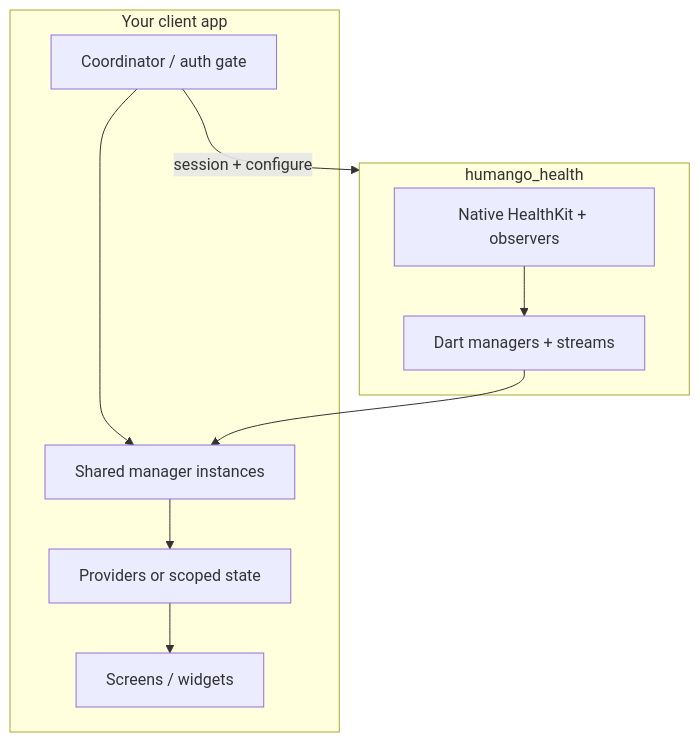
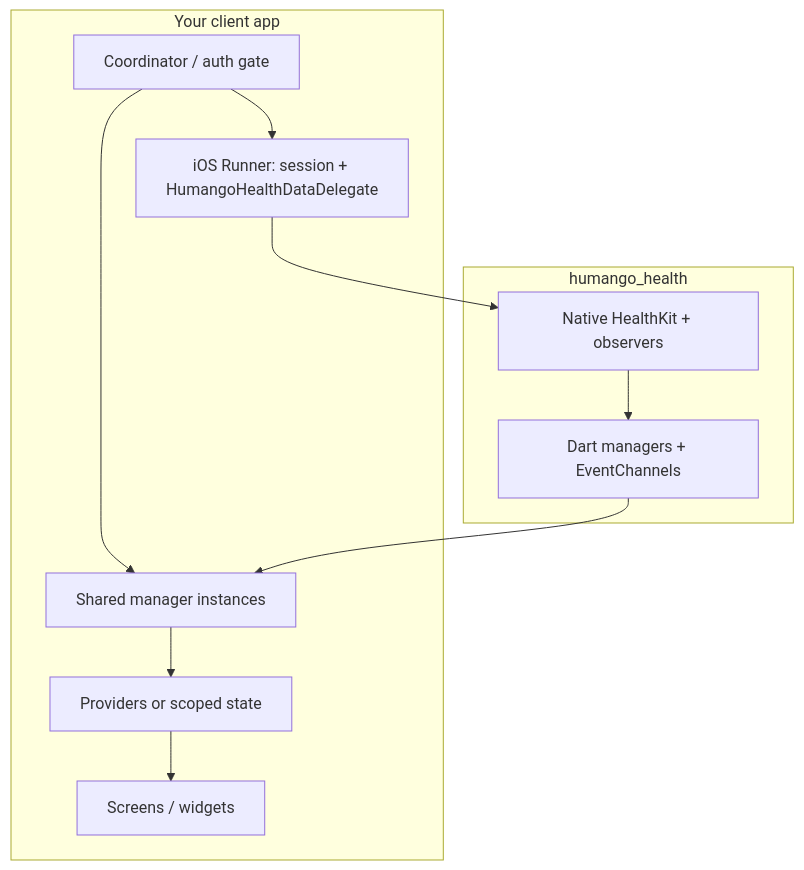
The diagram in docs/client_app_integration_guide.md (TeamGenius/humango-health), drawn with Mermaid before and after one commit. The commit also changed other lines of this file and 12 other files, not shown here.

First line of the commit message:
docs: delegate-first delivery and native login wiring

````diff
--- a/docs/client_app_integration_guide.md
+++ b/docs/client_app_integration_guide.md
@@ -17,19 +17,21 @@
 ```mermaid
 flowchart TB
   subgraph app [Your client app]
     C[Coordinator / auth gate]
+    NATIVE[iOS Runner: session + HumangoHealthDataDelegate]
     M[Shared manager instances]
     P[Providers or scoped state]
     UI[Screens / widgets]
+    C --> NATIVE
     C --> M
     M --> P
     P --> UI
   end
   subgraph lib [humango_health]
-    N[Native HealthKit + observers]
-    D[Dart managers + streams]
-    N --> D
+    HK[Native HealthKit + observers]
+    D[Dart managers + EventChannels]
+    HK --> D
   end
+  NATIVE --> HK
   D --> M
-  C -->|session + configure| lib
 ```
````
